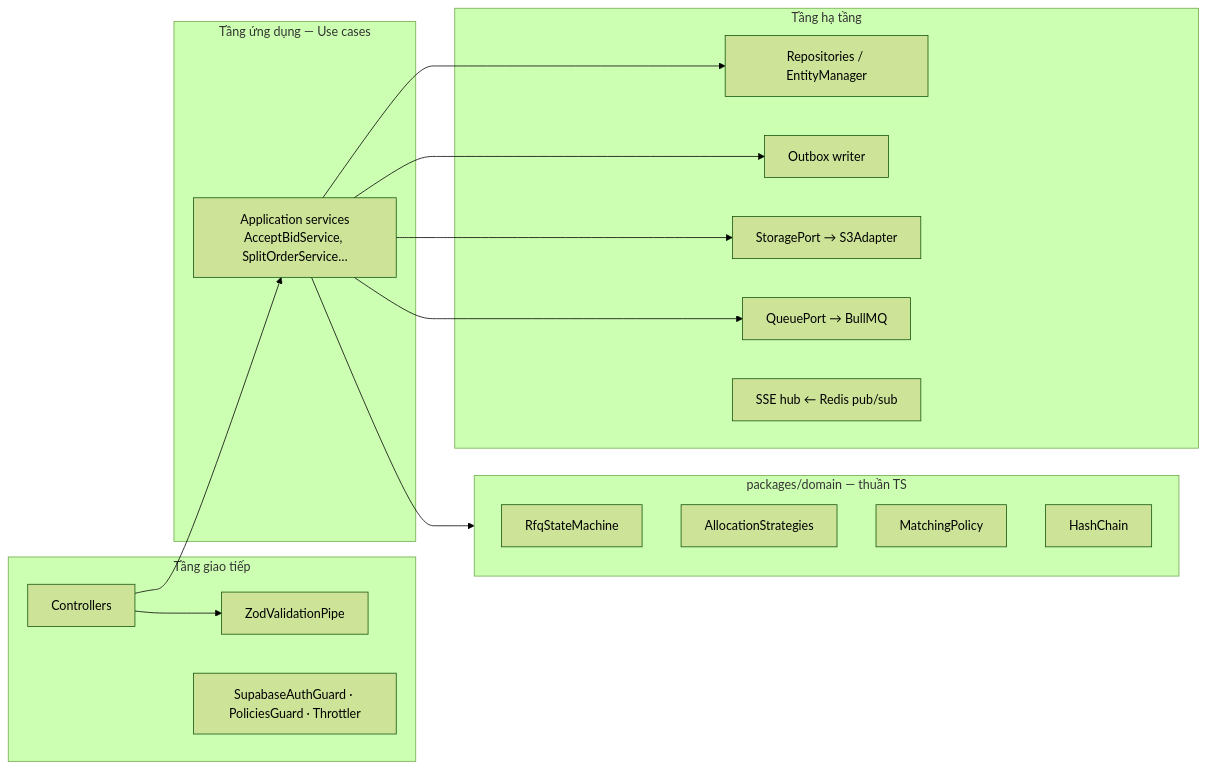
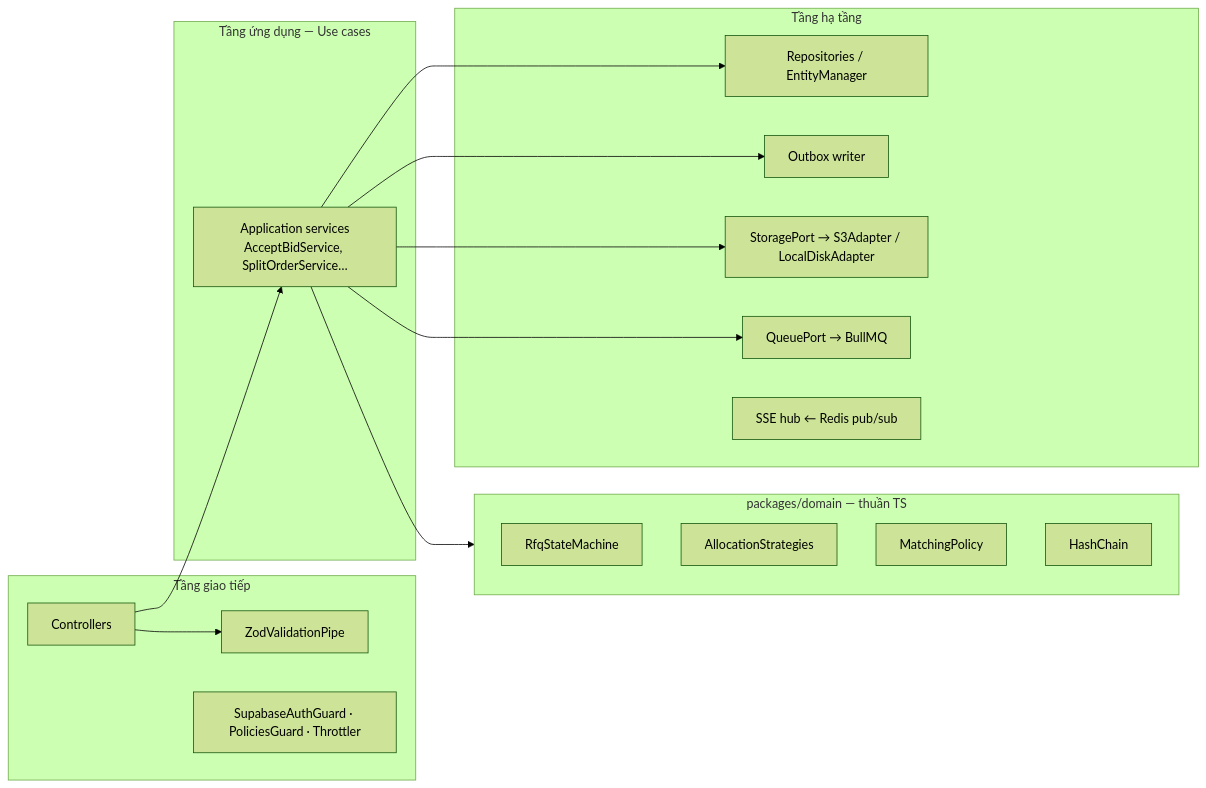
Before and after one commit to DienHung05/vCRAFT: the third of 10 diagrams in docs/ARCHITECTURE.md, drawn with Mermaid (forest theme). The commit also changed other lines of this file and 8 other files, not shown here.

````diff
--- a/docs/ARCHITECTURE.md
+++ b/docs/ARCHITECTURE.md
@@ -119,29 +119,29 @@
 ```mermaid
 flowchart LR
     subgraph http [Tầng giao tiếp]
       ctrl[Controllers] --> pipes[ZodValidationPipe]
       guards[SupabaseAuthGuard · PoliciesGuard · Throttler]
     end
     subgraph app [Tầng ứng dụng — Use cases]
       svc[Application services<br/>AcceptBidService, SplitOrderService…]
     end
     subgraph dom [packages/domain — thuần TS]
       sm[RfqStateMachine]
       split[AllocationStrategies]
       match[MatchingPolicy]
       chain[HashChain]
     end
     subgraph infra [Tầng hạ tầng]
       repo[Repositories / EntityManager]
       outbox[Outbox writer]
-      storage[StoragePort → S3Adapter]
+      storage[StoragePort → S3Adapter / LocalDiskAdapter]
       queue[QueuePort → BullMQ]
       sse[SSE hub ← Redis pub/sub]
     end
     ctrl --> svc
     svc --> dom
     svc --> repo
     svc --> outbox
     svc --> storage
     svc --> queue
 ```
````
